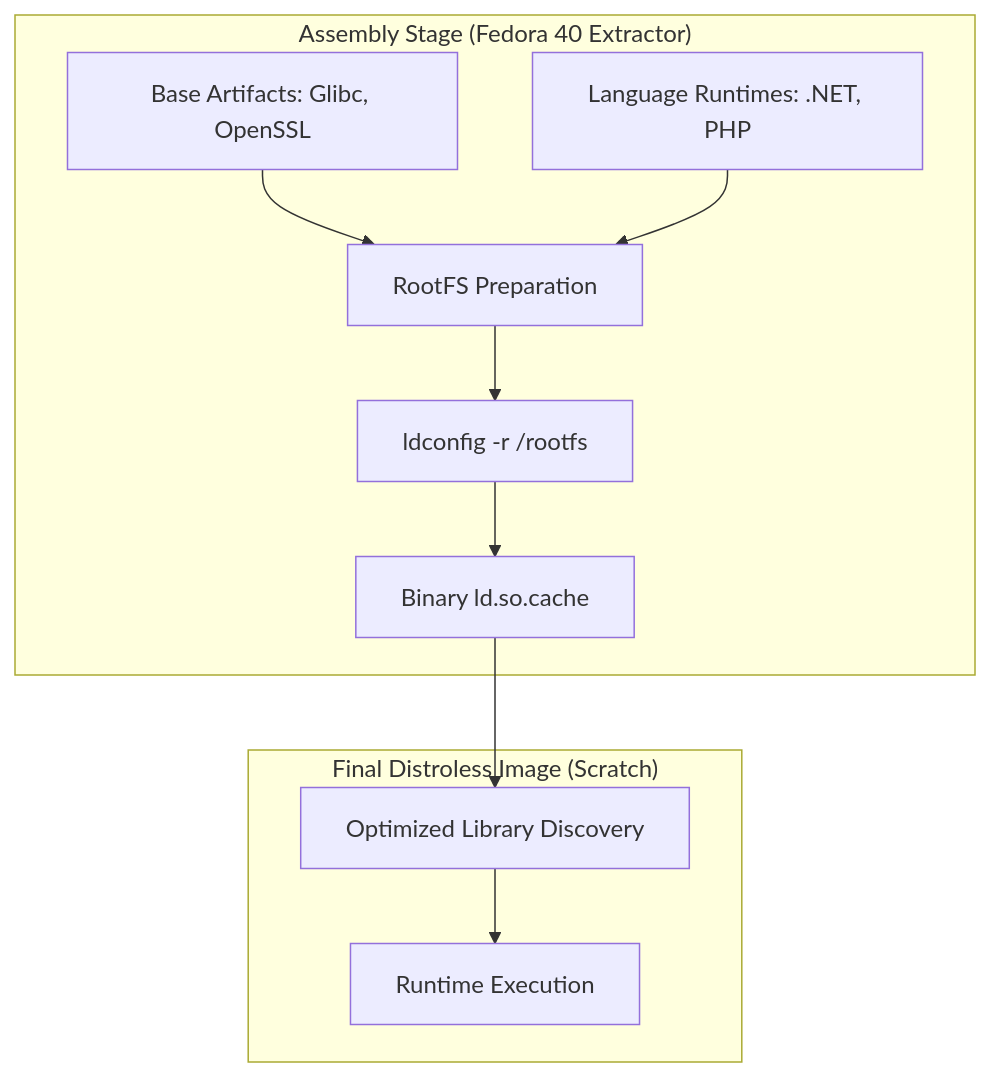
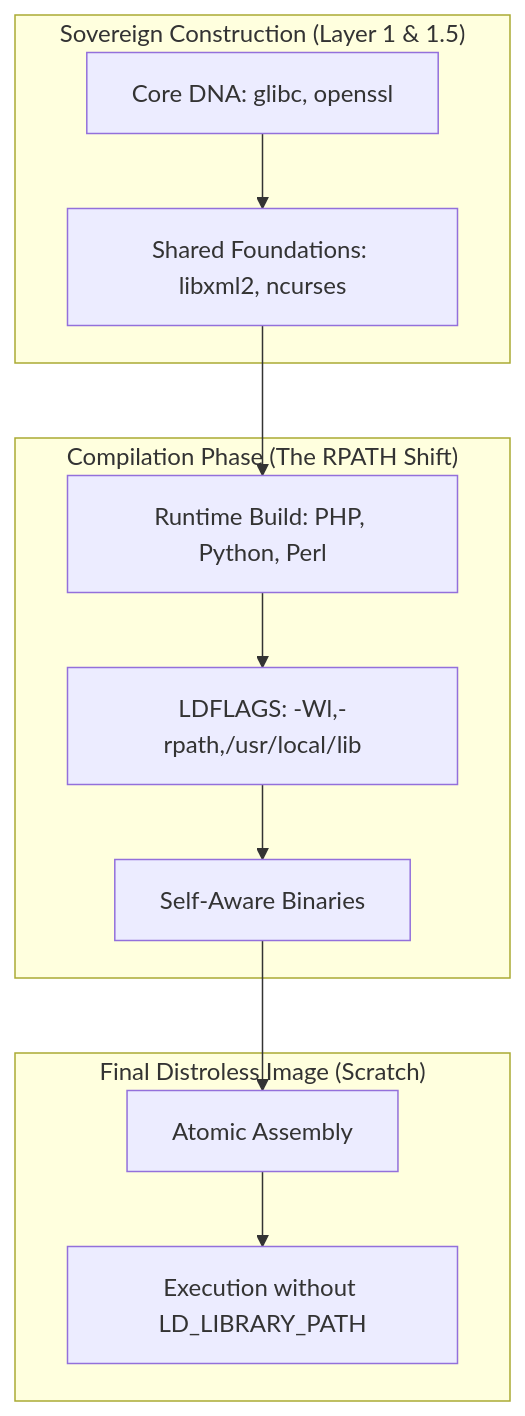
One commit to mbuccarello/distroless-the-hard-way changed the diagram in docs/arch-evolution.md. Above: the diagram before and after it, drawn with Mermaid. The commit also changed 9 other files, not shown here.

First line of the commit message:
Docs: Comprehensive overhaul to reflect 4-Layer Sovereign model

````diff
--- a/docs/arch-evolution.md
+++ b/docs/arch-evolution.md
@@ -34,14 +34,17 @@
 ```mermaid
 graph TD
-    subgraph "Assembly Stage (Fedora 40 Extractor)"
-        A[Base Artifacts: Glibc, OpenSSL] --> B[RootFS Preparation]
-        C[Language Runtimes: .NET, PHP] --> B
-        B --> D[ldconfig -r /rootfs]
-        D --> E[Binary ld.so.cache]
+    subgraph "Sovereign Construction (Layer 1 & 1.5)"
+        L1[Core DNA: glibc, openssl] --> L15[Shared Foundations: libxml2, ncurses]
+    end
+
+    subgraph "Compilation Phase (The RPATH Shift)"
+        L15 --> C[Runtime Build: PHP, Python, Perl]
+        C --> D["LDFLAGS: -Wl,-rpath,/usr/local/lib"]
+        D --> E[Self-Aware Binaries]
     end
     
     subgraph "Final Distroless Image (Scratch)"
-        E --> F[Optimized Library Discovery]
-        F --> G[Runtime Execution]
+        E --> F[Atomic Assembly]
+        F --> G[Execution without LD_LIBRARY_PATH]
     end
 ```
````
